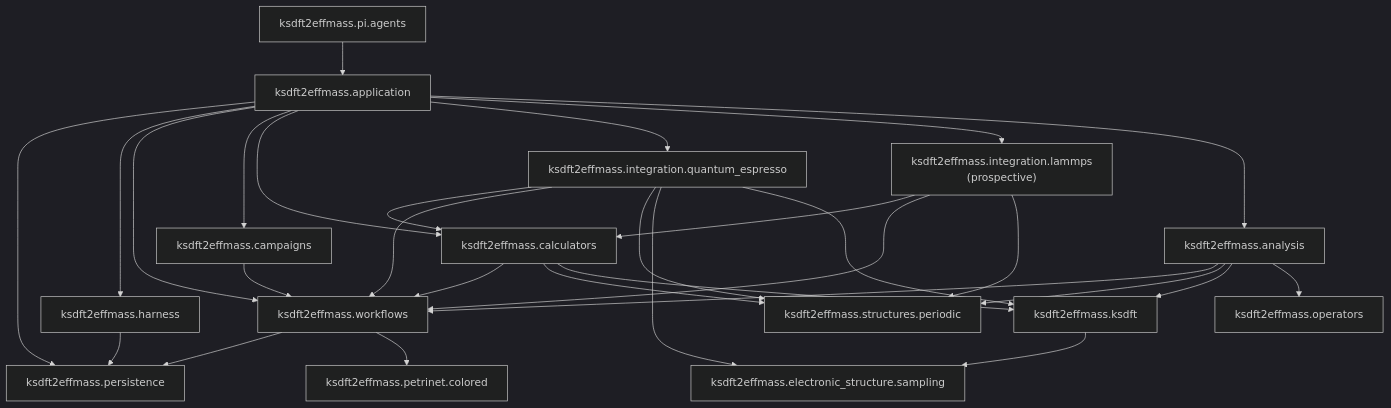
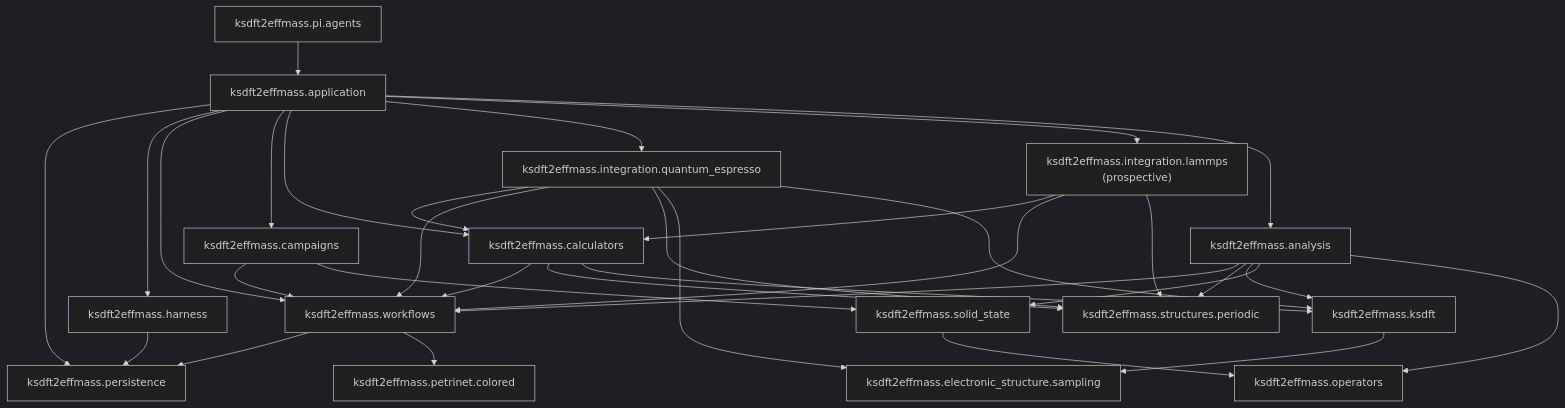
The diagram in docs/architecture/v2/index.md (eragasa/ksdft2effmass), drawn with Mermaid (dark theme) before and after one commit. The commit also changed other lines of this file and 40 other files, not shown here.

````diff
--- a/docs/architecture/v2/index.md
+++ b/docs/architecture/v2/index.md
@@ -7,48 +7,52 @@
 ```mermaid
 flowchart TB
     application["ksdft2effmass.application"]
     persistence["ksdft2effmass.persistence"]
     harness["ksdft2effmass.harness"]
     workflows["ksdft2effmass.workflows"]
     petrinet["ksdft2effmass.petrinet.colored"]
     campaigns["ksdft2effmass.campaigns"]
     calculators["ksdft2effmass.calculators"]
     qe_integration["ksdft2effmass.integration.quantum_espresso"]
     lammps_integration["ksdft2effmass.integration.lammps<br/>(prospective)"]
     structures["ksdft2effmass.structures.periodic"]
     sampling["ksdft2effmass.electronic_structure.sampling"]
     ksdft["ksdft2effmass.ksdft"]
     operators["ksdft2effmass.operators"]
+    solid_state["ksdft2effmass.solid_state"]
     analysis["ksdft2effmass.analysis"]
     pi_agents["ksdft2effmass.pi.agents"]
 
     pi_agents --> application
     application --> persistence
     application --> harness
     application --> workflows
     harness --> persistence
     workflows --> persistence
     application --> campaigns
     application --> calculators
     application --> qe_integration
     application --> lammps_integration
     application --> analysis
     campaigns --> workflows
     calculators --> workflows
     workflows --> petrinet
     qe_integration --> calculators
     qe_integration --> workflows
     qe_integration --> structures
     qe_integration --> sampling
     qe_integration --> ksdft
     lammps_integration --> calculators
     lammps_integration --> workflows
     lammps_integration --> structures
     calculators --> structures
     calculators --> ksdft
     analysis --> workflows
     analysis --> structures
     analysis --> ksdft
     ksdft --> sampling
+    solid_state --> operators
+    analysis --> solid_state
     analysis --> operators
+    campaigns --> solid_state
 ```
````
